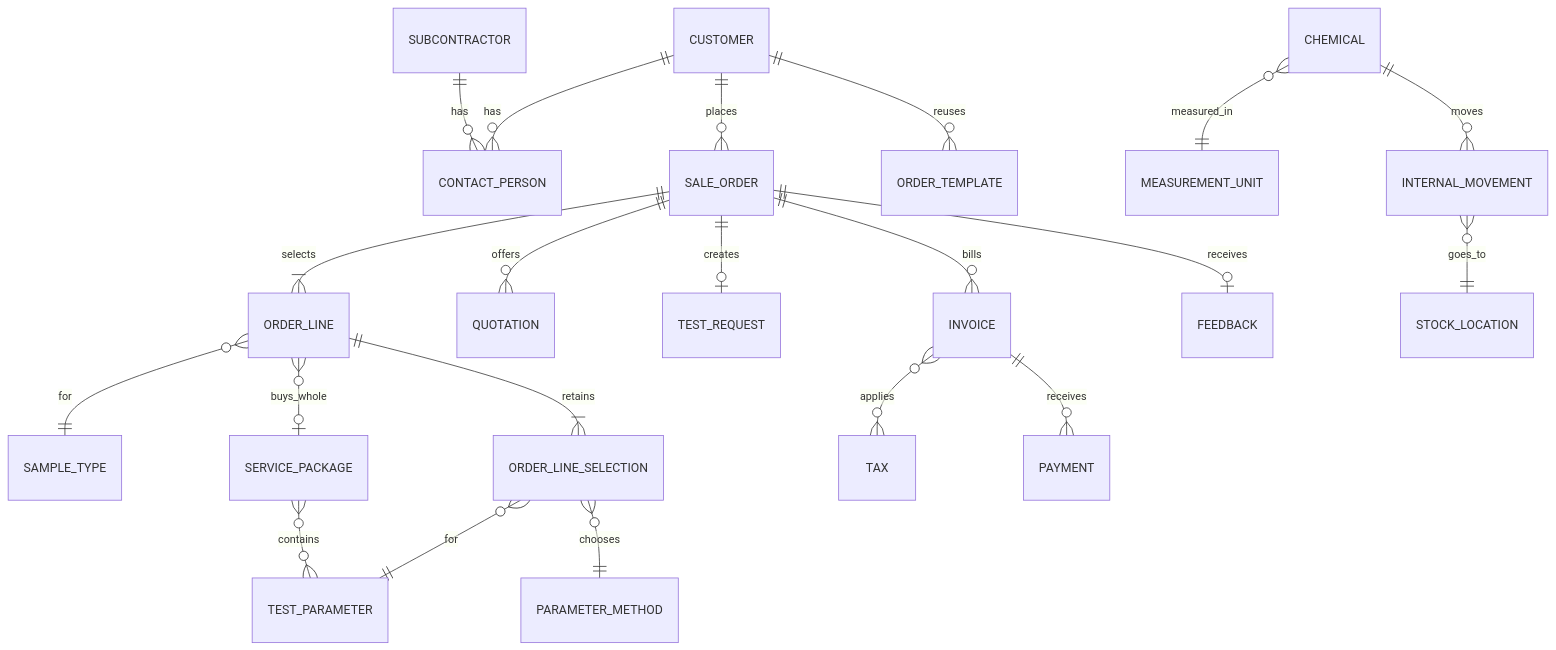
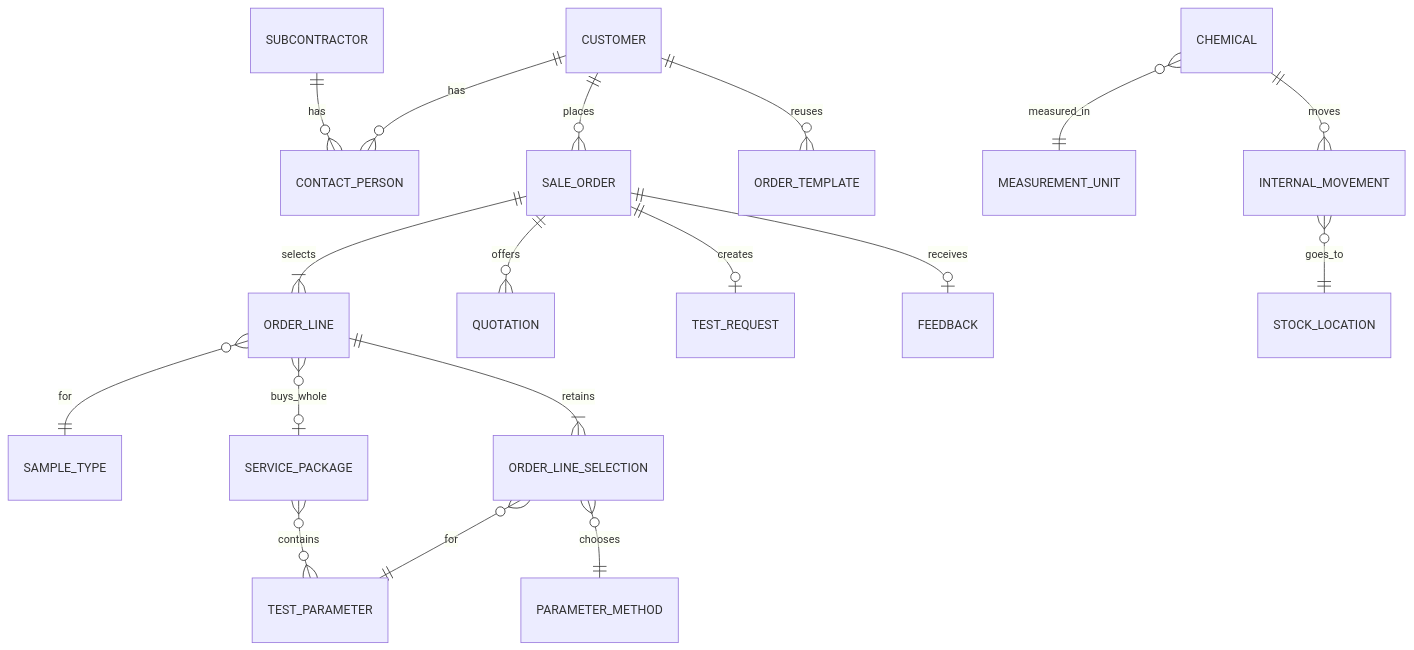
Before and after one commit to SoltuneMontepre/medilab: the third of 3 diagrams in docs/functional/conceptual-model.md, drawn with Mermaid. The commit also changed other lines of this file and 11 other files, not shown here.

````diff
--- a/docs/functional/conceptual-model.md
+++ b/docs/functional/conceptual-model.md
@@ -79,23 +79,20 @@
 ```mermaid
 erDiagram
     CUSTOMER ||--o{ CONTACT_PERSON : has
     SUBCONTRACTOR ||--o{ CONTACT_PERSON : has
     CUSTOMER ||--o{ SALE_ORDER : places
     SALE_ORDER ||--|{ ORDER_LINE : selects
     ORDER_LINE }o--|| SAMPLE_TYPE : for
     ORDER_LINE ||--|{ ORDER_LINE_SELECTION : retains
     ORDER_LINE_SELECTION }o--|| TEST_PARAMETER : for
     ORDER_LINE_SELECTION }o--|| PARAMETER_METHOD : chooses
     ORDER_LINE }o--o| SERVICE_PACKAGE : buys_whole
     SERVICE_PACKAGE }o--o{ TEST_PARAMETER : contains
     SALE_ORDER ||--o{ QUOTATION : offers
     SALE_ORDER ||--o| TEST_REQUEST : creates
-    SALE_ORDER ||--o{ INVOICE : bills
-    INVOICE }o--o{ TAX : applies
-    INVOICE ||--o{ PAYMENT : receives
     CUSTOMER ||--o{ ORDER_TEMPLATE : reuses
     SALE_ORDER ||--o| FEEDBACK : receives
     CHEMICAL }o--|| MEASUREMENT_UNIT : measured_in
     CHEMICAL ||--o{ INTERNAL_MOVEMENT : moves
     INTERNAL_MOVEMENT }o--|| STOCK_LOCATION : goes_to
 ```
````
